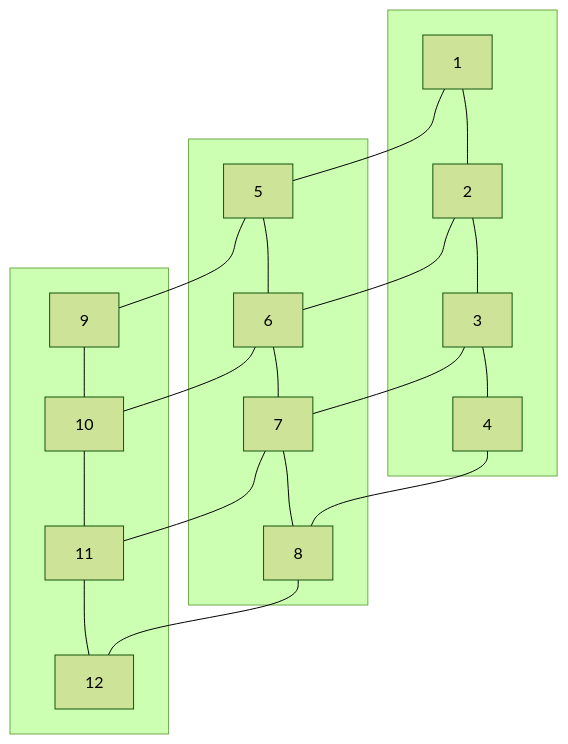
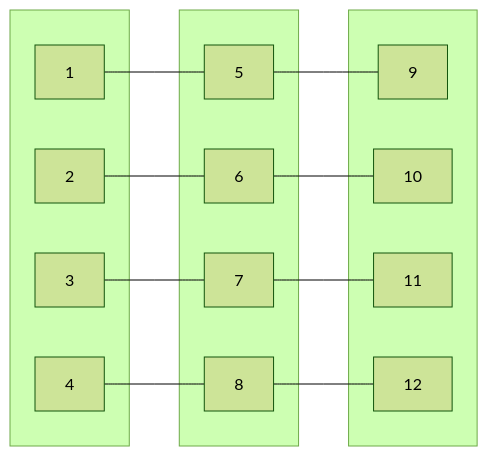
One commit to athena-tircgo/amr-lsj changed the second of 2 diagrams in README.md. Above: the diagram before and after it, drawn with Mermaid (forest theme).

````diff
--- a/README.md
+++ b/README.md
@@ -50,23 +50,32 @@
 ```mermaid
-graph TD
-    %% 第一排
-    subgraph row1[ ]
-        A1[1] --- A2[2] --- A3[3] --- A4[4]
+graph LR
+    %% 第一欄
+    subgraph col1[ ]
+        A1[1]
+        A2[2]
+        A3[3]
+        A4[4]
     end
 
-    %% 第二排
-    subgraph row2[ ]
-        A5[5] --- A6[6] --- A7[7] --- A8[8]
+    %% 第二欄
+    subgraph col2[ ]
+        A5[5]
+        A6[6]
+        A7[7]
+        A8[8]
     end
 
-    %% 第三排
-    subgraph row3[ ]
-        A9[9] --- A10[10] --- A11[11] --- A12[12]
+    %% 第三欄
+    subgraph col3[ ]
+        A9[9]
+        A10[10]
+        A11[11]
+        A12[12]
     end
 
-    %% 垂直連線
+    %% 橫向連線
     A1 --- A5 --- A9
     A2 --- A6 --- A10
     A3 --- A7 --- A11
     A4 --- A8 --- A12
 ```
````
